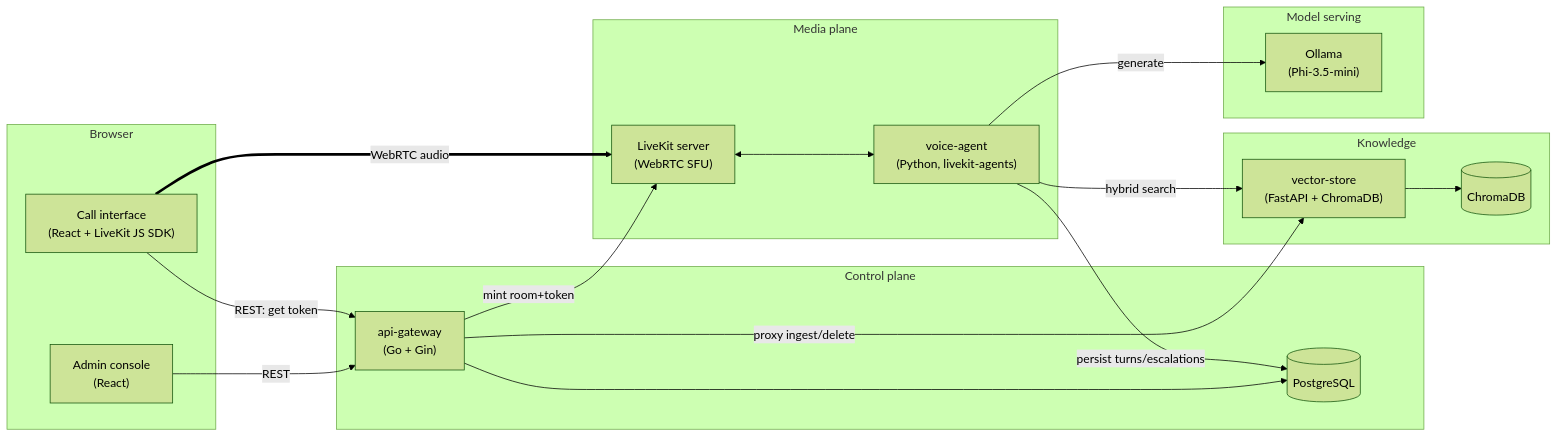
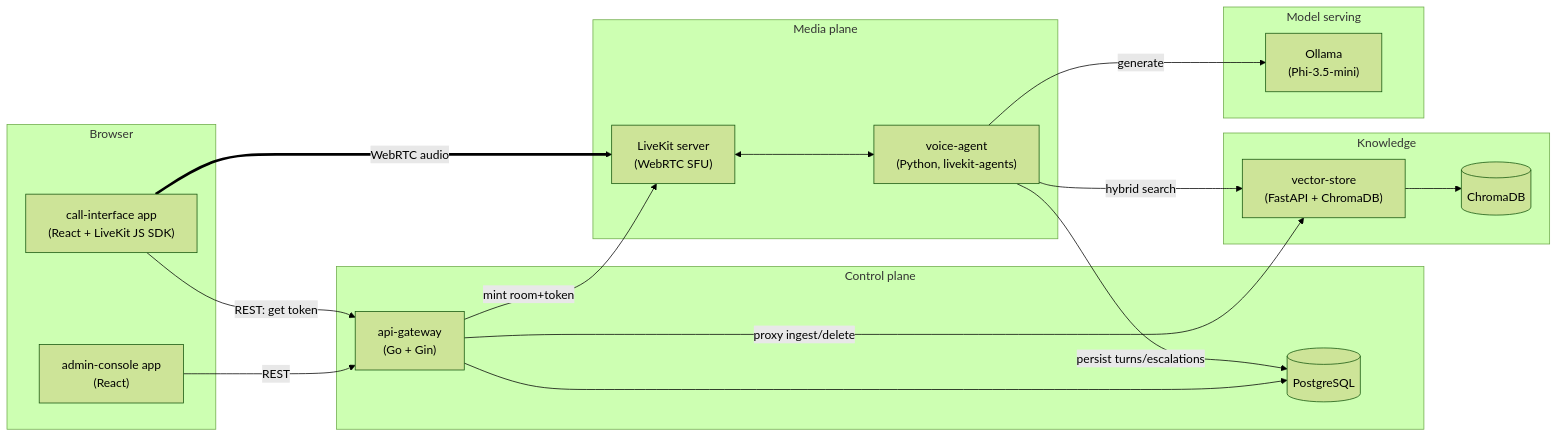
One commit to sebasarango1180/techsphere2026-challenge changed the diagram in specs/implementation-plan.md. Above: the diagram before and after it, drawn with Mermaid (forest theme). The commit also changed other lines of this file and 2 other files, not shown here.

````diff
--- a/specs/implementation-plan.md
+++ b/specs/implementation-plan.md
@@ -38,38 +38,38 @@
 ```mermaid
 flowchart LR
     subgraph Browser
-        Console["Admin console\n(React)"]
-        CallUI["Call interface\n(React + LiveKit JS SDK)"]
+        Console["admin-console app\n(React)"]
+        CallUI["call-interface app\n(React + LiveKit JS SDK)"]
     end
 
     subgraph ControlPlane["Control plane"]
         Gateway["api-gateway\n(Go + Gin)"]
         PG[(PostgreSQL)]
     end
 
     subgraph MediaPlane["Media plane"]
         LK["LiveKit server\n(WebRTC SFU)"]
         Agent["voice-agent\n(Python, livekit-agents)"]
     end
 
     subgraph Knowledge["Knowledge"]
         VStore["vector-store\n(FastAPI + ChromaDB)"]
         Chroma[(ChromaDB)]
     end
 
     subgraph Models["Model serving"]
         Ollama["Ollama\n(Phi-3.5-mini)"]
     end
 
     Console -- REST --> Gateway
     CallUI -- "REST: get token" --> Gateway
     CallUI == WebRTC audio ==> LK
     Gateway -- "mint room+token" --> LK
     Gateway --> PG
     LK <--> Agent
     Agent -- "hybrid search" --> VStore
     Agent -- "generate" --> Ollama
     Agent -- "persist turns/escalations" --> PG
     VStore --> Chroma
     Gateway -- "proxy ingest/delete" --> VStore
 ```
````
